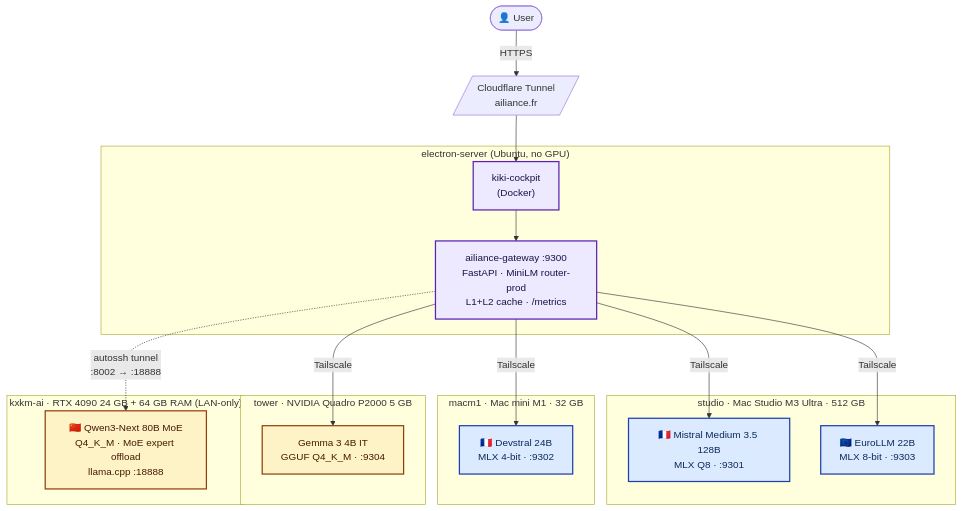
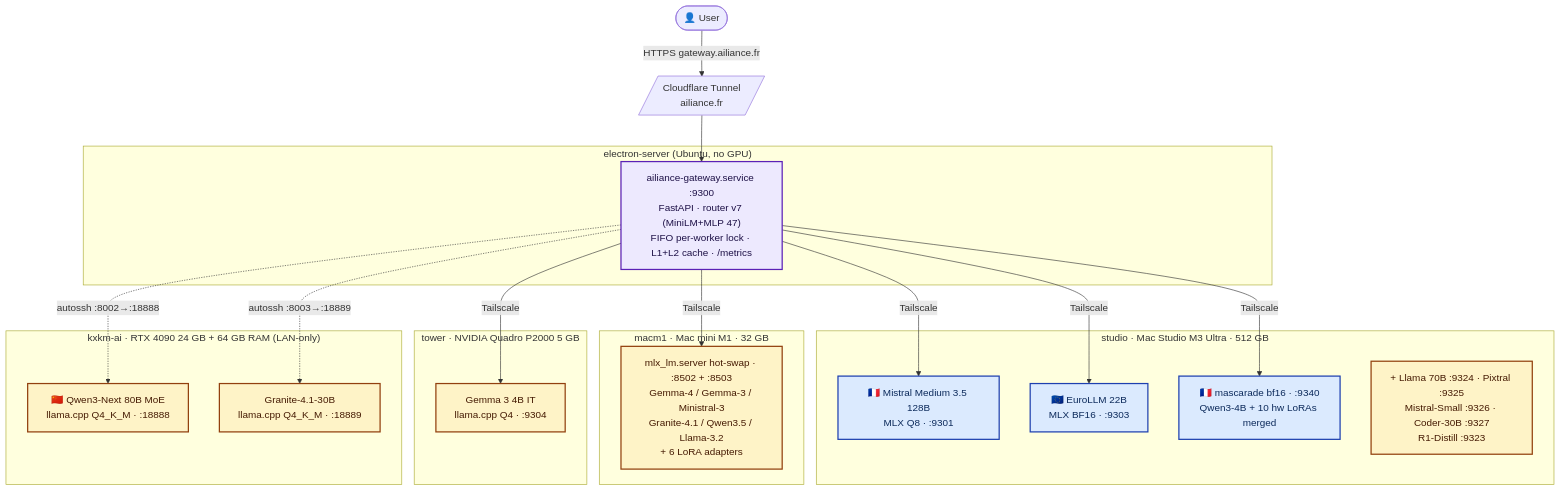
The first of 6 diagrams in README.md (ailiance/ailiance), drawn with Mermaid before and after one commit. The commit also changed other lines of this file and 2 other files, not shown here.

First line of the commit message:
docs: rewrite for ailiance rebrand + router v7 (#114)

````diff
--- a/README.md
+++ b/README.md
@@ -36,43 +38,46 @@
 ```mermaid
 flowchart TB
     user([👤 User])
     cf[/"Cloudflare Tunnel<br/>ailiance.fr"/]
 
     subgraph electron["electron-server (Ubuntu, no GPU)"]
-        cockpit["kiki-cockpit<br/>(Docker)"]
-        gateway["ailiance-gateway :9300<br/>FastAPI · MiniLM router-prod<br/>L1+L2 cache · /metrics"]
-        cockpit --> gateway
+        gateway["ailiance-gateway.service :9300<br/>FastAPI · router v7 (MiniLM+MLP 47)<br/>FIFO per-worker lock · L1+L2 cache · /metrics"]
     end
 
-    user -->|HTTPS| cf --> cockpit
+    user -->|HTTPS gateway.ailiance.fr| cf --> gateway
 
     subgraph studio["studio · Mac Studio M3 Ultra · 512 GB"]
-        apertus["🇫🇷 Mistral Medium 3.5 128B<br/>MLX Q8 · :9301"]
-        eurollm["🇪🇺 EuroLLM 22B<br/>MLX 8-bit · :9303"]
+        mistralmed["🇫🇷 Mistral Medium 3.5 128B<br/>MLX Q8 · :9301"]
+        eurollm["🇪🇺 EuroLLM 22B<br/>MLX BF16 · :9303"]
+        mascarade["🇫🇷 mascarade bf16 · :9340<br/>Qwen3-4B + 10 hw LoRAs merged"]
+        otherstudio["+ Llama 70B :9324 · Pixtral :9325<br/>Mistral-Small :9326 · Coder-30B :9327<br/>R1-Distill :9323"]
     end
 
     subgraph macm1["macm1 · Mac mini M1 · 32 GB"]
-        devstral["🇫🇷 Devstral 24B<br/>MLX 4-bit · :9302"]
+        macm1srv["mlx_lm.server hot-swap · :8502 + :8503<br/>Gemma-4 / Gemma-3 / Ministral-3<br/>Granite-4.1 / Qwen3.5 / Llama-3.2<br/>+ 6 LoRA adapters"]
     end
 
     subgraph tower["tower · NVIDIA Quadro P2000 5 GB"]
-        gemma["Gemma 3 4B IT<br/>GGUF Q4_K_M · :9304"]
+        gemma["Gemma 3 4B IT<br/>llama.cpp Q4 · :9304"]
     end
 
     subgraph kxkm["kxkm-ai · RTX 4090 24 GB + 64 GB RAM (LAN-only)"]
-        qwen["🇨🇳 Qwen3-Next 80B MoE<br/>Q4_K_M · MoE expert offload<br/>llama.cpp :18888"]
+        qwen["🇨🇳 Qwen3-Next 80B MoE<br/>llama.cpp Q4_K_M · :18888"]
+        granite["Granite-4.1-30B<br/>llama.cpp Q4_K_M · :18889"]
     end
 
-    gateway -->|Tailscale| apertus
-    gateway -->|Tailscale| devstral
+    gateway -->|Tailscale| mistralmed
     gateway -->|Tailscale| eurollm
+    gateway -->|Tailscale| mascarade
+    gateway -->|Tailscale| macm1srv
     gateway -->|Tailscale| gemma
-    gateway -.->|"autossh tunnel<br/>:8002 → :18888"| qwen
+    gateway -.->|"autossh :8002→:18888"| qwen
+    gateway -.->|"autossh :8003→:18889"| granite
 
     classDef sov fill:#dbeafe,stroke:#1e40af,stroke-width:2px,color:#0c2a5b
     classDef ext fill:#fef3c7,stroke:#92400e,stroke-width:2px,color:#451a03
     classDef gw fill:#ede9fe,stroke:#5b21b6,stroke-width:2px,color:#1e1147
-    class apertus,devstral,eurollm sov
-    class gemma,qwen ext
-    class gateway,cockpit gw
+    class mistralmed,eurollm,mascarade sov
+    class gemma,qwen,granite,macm1srv,otherstudio ext
+    class gateway gw
 ```
````
